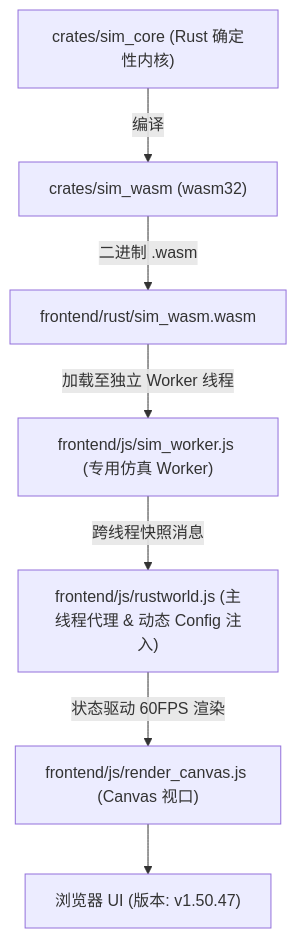
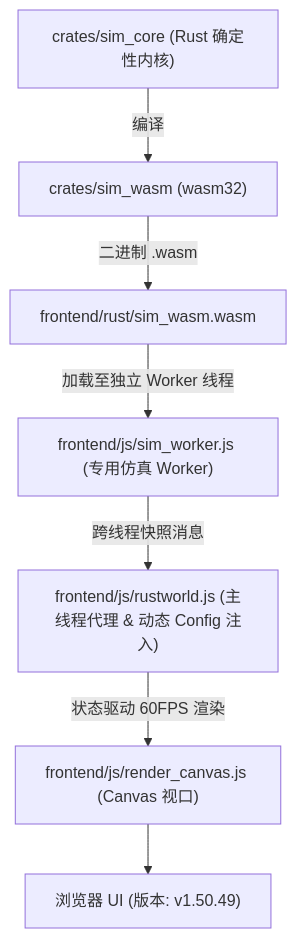
Before and after one commit to g39088902/FlowAndAccord: the diagram in AGENTS.md, drawn with Mermaid. The commit also changed other lines of this file and 26 other files, not shown here.

````diff
--- a/AGENTS.md
+++ b/AGENTS.md
@@ -61,10 +61,10 @@
 ```mermaid
 graph TD
     A["crates/sim_core (Rust 确定性内核)"] -->|编译| B["crates/sim_wasm (wasm32)"]
     B -->|二进制 .wasm| C["frontend/rust/sim_wasm.wasm"]
     C -->|加载至独立 Worker 线程| D["frontend/js/sim_worker.js (专用仿真 Worker)"]
     D -->|跨线程快照消息| E["frontend/js/rustworld.js (主线程代理 & 动态 Config 注入)"]
     E -->|状态驱动 60FPS 渲染| F["frontend/js/render_canvas.js (Canvas 视口)"]
-    F --> G["浏览器 UI (版本: v1.50.47)"]
+    F --> G["浏览器 UI (版本: v1.50.49)"]
 
 ```
````
